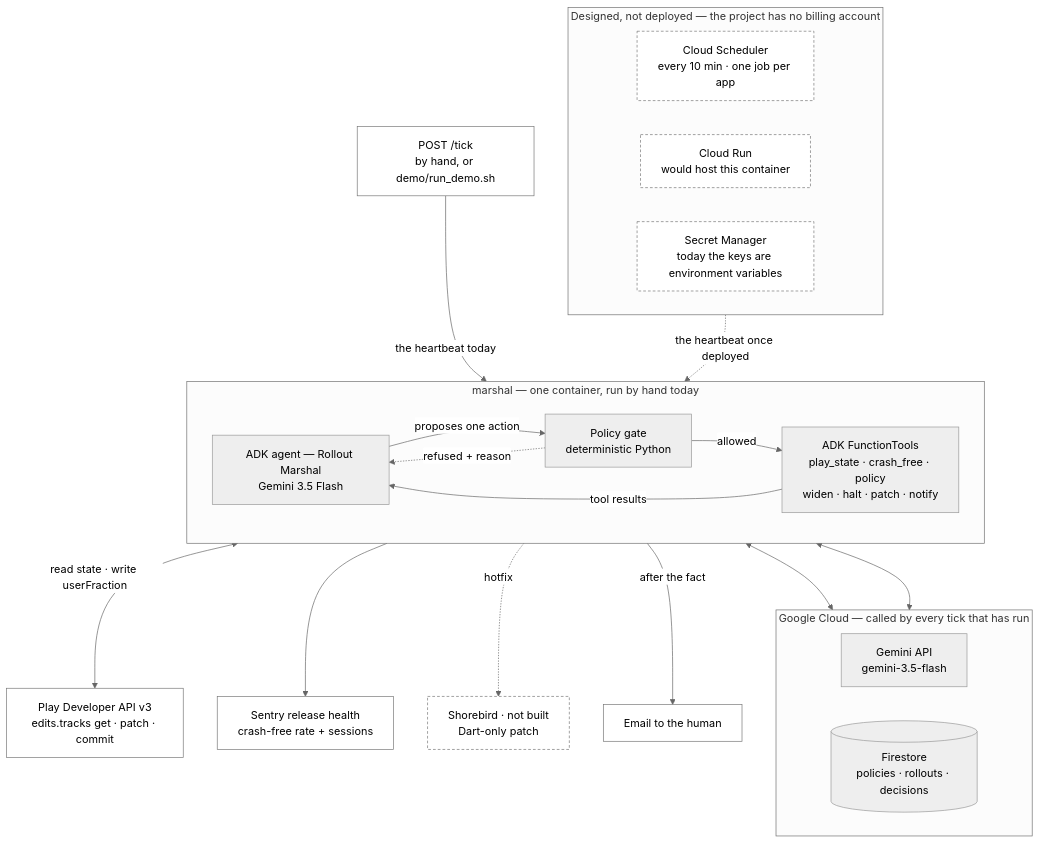
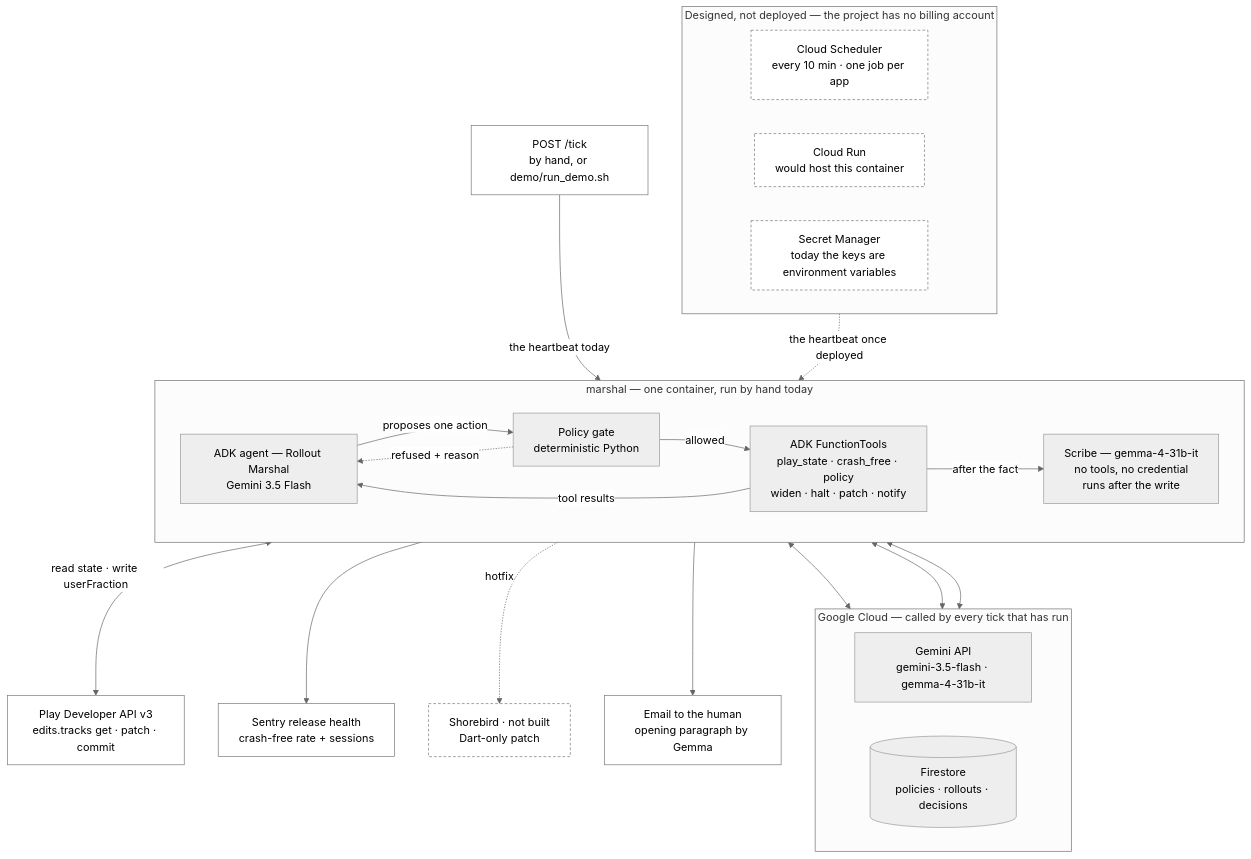
One commit to jtmuller5/rollout-marshal changed the first of 2 diagrams in README.md. Above: the diagram before and after it, drawn with Mermaid (neutral theme). The commit also changed other lines of this file and 16 other files, not shown here.

First line of the commit message:
Give the email to Gemma and the narration to Gemini

````diff
--- a/README.md
+++ b/README.md
@@ -164,46 +173,49 @@
 ```mermaid
 flowchart TB
   subgraph SVC["marshal — one container, run by hand today"]
     direction LR
     ADK["ADK agent — Rollout Marshal<br/>Gemini 3.5 Flash"]
     GATE["Policy gate<br/>deterministic Python"]
     TOOLS["ADK FunctionTools<br/>play_state · crash_free · policy<br/>widen · halt · patch · notify"]
+    SCRIBE["Scribe — gemma-4-31b-it<br/>no tools, no credential<br/>runs after the write"]
     ADK -->|"proposes one action"| GATE
     GATE -.->|"refused + reason"| ADK
     GATE -->|"allowed"| TOOLS
     TOOLS -->|"tool results"| ADK
   end
 
   subgraph GCP["Google Cloud — called by every tick that has run"]
     direction LR
-    GEM["Gemini API<br/>gemini-3.5-flash"]
+    GEM["Gemini API<br/>gemini-3.5-flash · gemma-4-31b-it"]
     FS[("Firestore<br/>policies · rollouts · decisions")]
   end
 
   subgraph TODO["Designed, not deployed — the project has no billing account"]
     direction LR
     SCH["Cloud Scheduler<br/>every 10 min · one job per app"]
     CRUN["Cloud Run<br/>would host this container"]
     SM["Secret Manager<br/>today the keys are environment variables"]
   end
 
   TICK["POST /tick<br/>by hand, or demo/run_demo.sh"]
   PLAY["Play Developer API v3<br/>edits.tracks get · patch · commit"]
   SENTRY["Sentry release health<br/>crash-free rate + sessions"]
   SB["Shorebird · not built<br/>Dart-only patch"]
-  MAIL["Email to the human"]
+  MAIL["Email to the human<br/>opening paragraph by Gemma"]
 
   TICK -->|"the heartbeat today"| ADK
   SCH -.->|"the heartbeat once deployed"| ADK
   ADK <--> GEM
   TOOLS <--> FS
   TOOLS <-->|"read state · write userFraction"| PLAY
   TOOLS --> SENTRY
   TOOLS -.->|"hotfix"| SB
-  TOOLS -->|"after the fact"| MAIL
+  TOOLS -->|"after the fact"| SCRIBE
+  SCRIBE --> MAIL
+  SCRIBE <--> GEM
 
   classDef ext fill:#ffffff,stroke:#777;
   classDef todo fill:#ffffff,stroke:#777,stroke-dasharray:4 3;
   class PLAY,SENTRY,MAIL,TICK ext;
   class SB,SCH,CRUN,SM todo;
 ```
````
